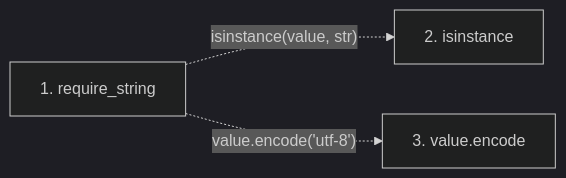
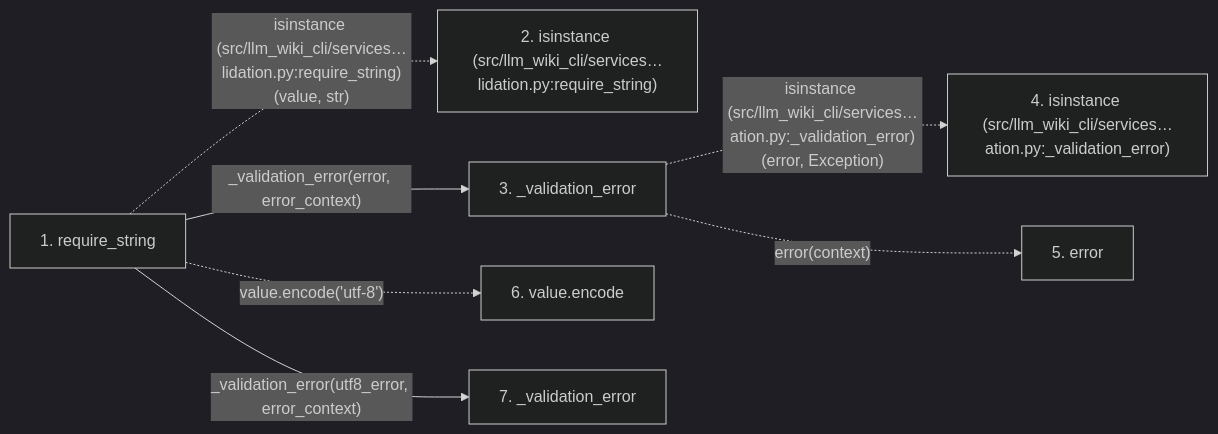
Before and after one commit to Denissvgn/python-wiki-llm: the second of 2 diagrams in docs/llm_wiki/flows/api-require_string.md, drawn with Mermaid (dark theme). The commit also changed other lines of this file and 627 other files, not shown here.

````diff
--- a/docs/llm_wiki/flows/api-require_string.md
+++ b/docs/llm_wiki/flows/api-require_string.md
@@ -38,9 +45,19 @@
 ```mermaid
 flowchart LR
     s1["1. require_string"]
-    s2["2. isinstance"]
-    s3["3. value.encode"]
-    s1 -. "isinstance(value, str)" .-> s2
-    s1 -. "value.encode('utf-8')" .-> s3
+    s2["2. isinstance (src/llm_wiki_cli/services…lidation.py:require_string)"]
+    s3["3. _validation_error"]
+    s4["4. isinstance (src/llm_wiki_cli/services…ation.py:_validation_error)"]
+    s5["5. error"]
+    s6["6. value.encode"]
+    s7["7. _validation_error"]
+    s1 -. "isinstance (src/llm_wiki_cli/services…lidation.py:require_string)(value, str)" .-> s2
+    s1 -->|"_validation_error(error, error_context)"| s3
+    s3 -. "isinstance (src/llm_wiki_cli/services…ation.py:_validation_error)(error, Exception)" .-> s4
+    s3 -. "error(context)" .-> s5
+    s1 -. "value.encode('utf-8')" .-> s6
+    s1 -->|"_validation_error(utf8_error, error_context)"| s7
     click s1 "../modules/validation.md"
+    click s3 "../modules/validation.md"
+    click s7 "../modules/validation.md"
 ```
````
